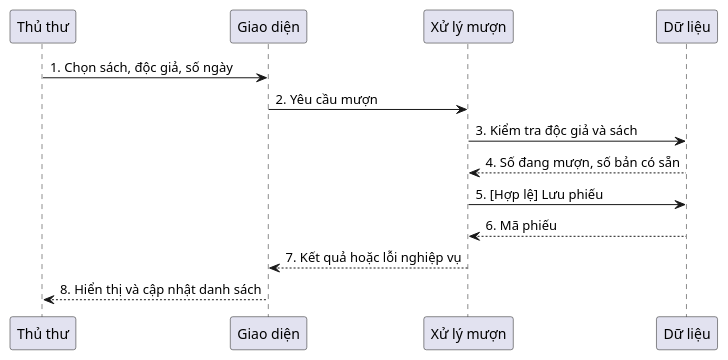
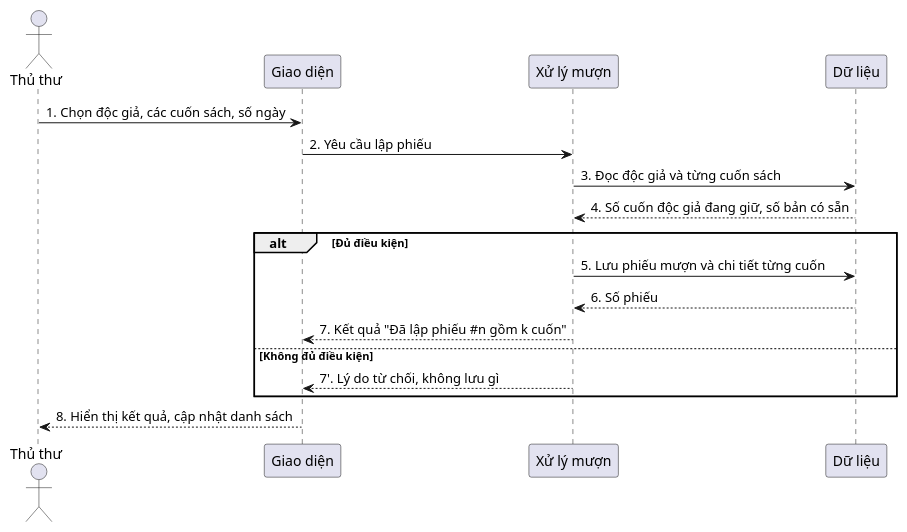
The diagram in docs/uml/03_seq_borrow.puml (khoiln218/ThuVienMini), drawn with PlantUML before and after one commit. The commit also changed 108 other files, not shown here.

```diff
--- a/docs/uml/03_seq_borrow.puml
+++ b/docs/uml/03_seq_borrow.puml
@@ -1,17 +1,20 @@
 @startuml
 skinparam defaultFontName Arial
 skinparam shadowing false
-participant "Thủ thư" as P0
+actor "Thủ thư" as P0
 participant "Giao diện" as P1
 participant "Xử lý mượn" as P2
 participant "Dữ liệu" as P3
-P0 -> P1: 1. Chọn sách, độc giả, số ngày
-P1 -> P2: 2. Yêu cầu mượn
-P2 -> P3: 3. Kiểm tra độc giả và sách
-P3 --> P2: 4. Số đang mượn, số bản có sẵn
-P2 -> P3: 5. [Hợp lệ] Lưu phiếu
-P3 --> P2: 6. Mã phiếu
-P2 --> P1: 7. Kết quả hoặc lỗi nghiệp vụ
-P1 --> P0: 8. Hiển thị và cập nhật danh sách
-
+P0 -> P1: 1. Chọn độc giả, các cuốn sách, số ngày
+P1 -> P2: 2. Yêu cầu lập phiếu
+P2 -> P3: 3. Đọc độc giả và từng cuốn sách
+P3 --> P2: 4. Số cuốn độc giả đang giữ, số bản có sẵn
+alt Đủ điều kiện
+  P2 -> P3: 5. Lưu phiếu mượn và chi tiết từng cuốn
+  P3 --> P2: 6. Số phiếu
+  P2 --> P1: 7. Kết quả "Đã lập phiếu #n gồm k cuốn"
+else Không đủ điều kiện
+  P2 --> P1: 7'. Lý do từ chối, không lưu gì
+end
+P1 --> P0: 8. Hiển thị kết quả, cập nhật danh sách
 @enduml
```
